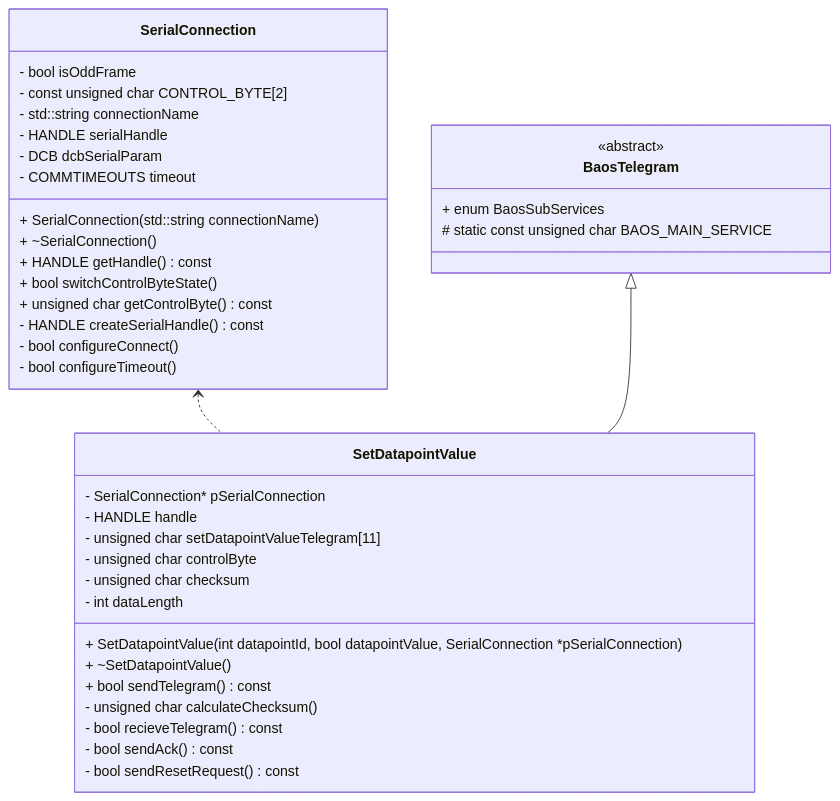
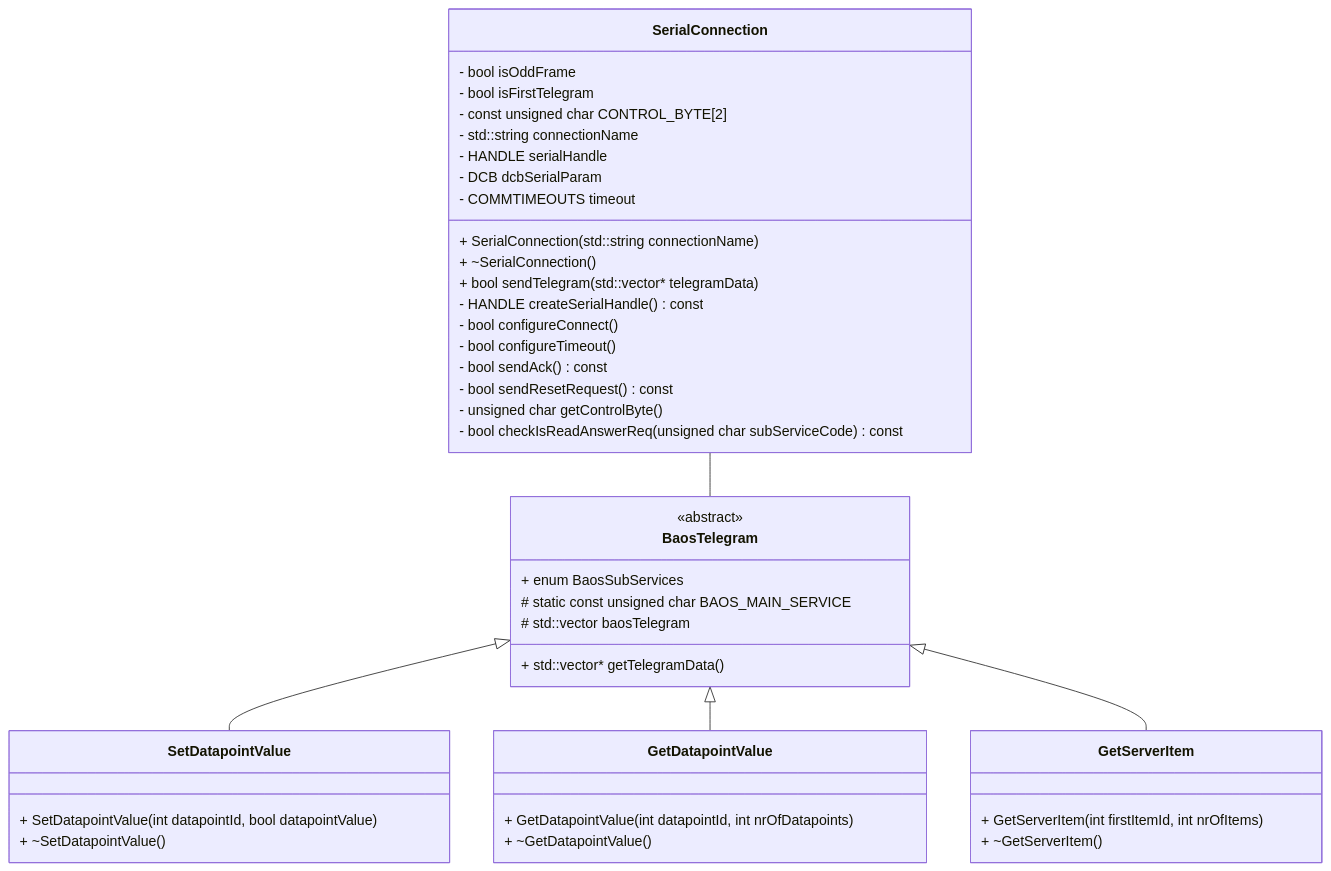
The diagram in Documentation/Writerside/topics/topics/ClassDiagramm.md (drbrodix/BaosMini), drawn with Mermaid before and after one commit. The commit also changed 10 other files, not shown here.

````diff
--- a/Documentation/Writerside/topics/topics/ClassDiagramm.md
+++ b/Documentation/Writerside/topics/topics/ClassDiagramm.md
@@ -3,49 +3,54 @@
 ```mermaid
 
 classDiagram
 
-SerialConnection <.. SetDatapointValue
+SerialConnection -- BaosTelegram
 BaosTelegram <|-- SetDatapointValue
-
+BaosTelegram <|-- GetDatapointValue
+BaosTelegram <|-- GetServerItem
 class SerialConnection{
     - bool isOddFrame
-    - const unsigned char CONTROL_BYTE[2]
-    - std::string connectionName
+	- bool isFirstTelegram
+	- const unsigned char CONTROL_BYTE[2]
+	- std::string connectionName
 	- HANDLE serialHandle
 	- DCB dcbSerialParam
 	- COMMTIMEOUTS timeout
 	
 	+ SerialConnection(std::string connectionName)
 	+ ~SerialConnection()
-	+ HANDLE getHandle() const
-	+ bool switchControlByteState()
-	+ unsigned char getControlByte() const
-	- HANDLE createSerialHandle() const
+    + bool sendTelegram(std::vector<unsigned char>* telegramData)
+    - HANDLE createSerialHandle() const
 	- bool configureConnect()
 	- bool configureTimeout()
+	- bool sendAck() const
+	- bool sendResetRequest() const
+	- unsigned char getControlByte()
+	- bool checkIsReadAnswerReq(unsigned char subServiceCode) const
 }
 
 class BaosTelegram{
     <<abstract>>
     + enum BaosSubServices
     # static const unsigned char BAOS_MAIN_SERVICE
+    # std::vector<unsigned char> baosTelegram
+    
+    + std::vector<unsigned char>* getTelegramData()
 }
 
 class SetDatapointValue{
-    - SerialConnection* pSerialConnection
-    - HANDLE handle
-    - unsigned char setDatapointValueTelegram[11]
-    - unsigned char controlByte
-    - unsigned char checksum
-    - int dataLength
+	+ SetDatapointValue(int datapointId, bool datapointValue)
+	+ ~SetDatapointValue()
+}
 
-	+ SetDatapointValue(int datapointId, bool datapointValue, SerialConnection *pSerialConnection)
-	+ ~SetDatapointValue()
-	+ bool sendTelegram() const
-	- unsigned char calculateChecksum()
-    - bool recieveTelegram() const
-    - bool sendAck() const
-    - bool sendResetRequest() const
+class GetDatapointValue{
+	+ GetDatapointValue(int datapointId, int nrOfDatapoints)
+	+ ~GetDatapointValue()
+}
+
+class GetServerItem{
+	+ GetServerItem(int firstItemId, int nrOfItems)
+	+ ~GetServerItem()
 }
 
 ```
````
